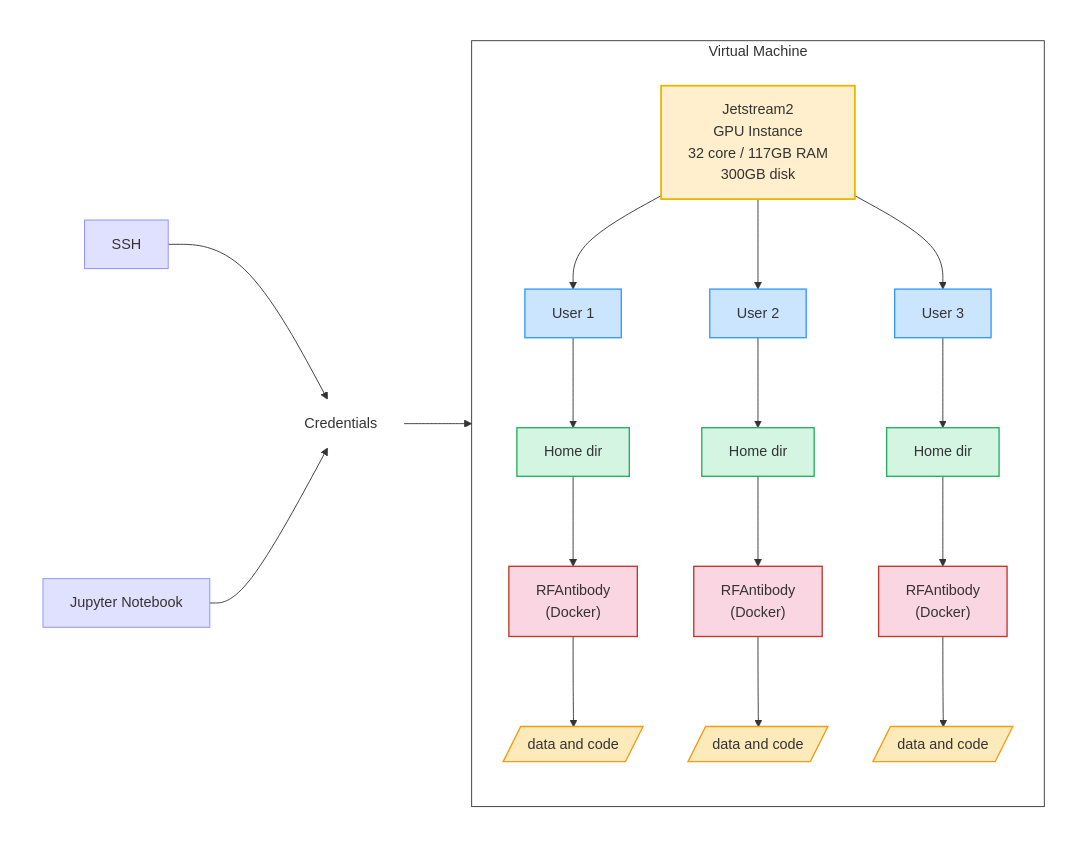
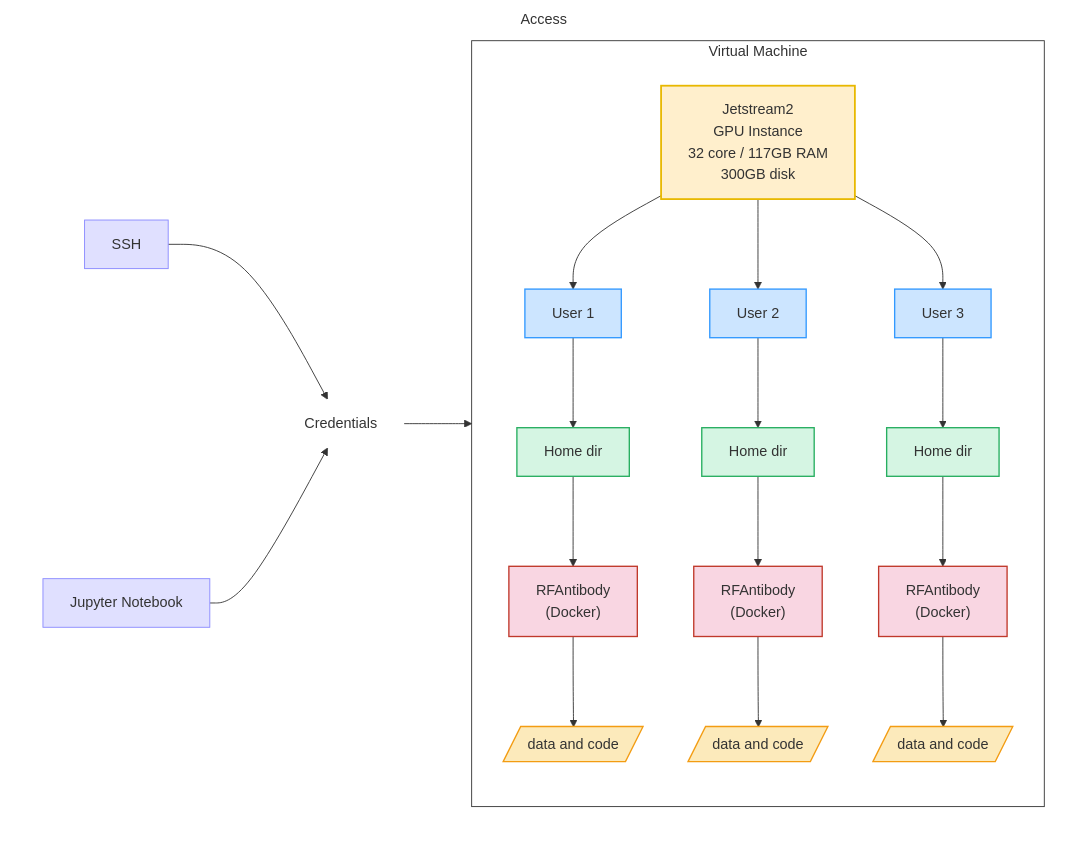
The diagram in README.md (AntibodyEngineers/2025-Antibodies-and-AI), drawn with Mermaid before and after one commit.

````diff
--- a/README.md
+++ b/README.md
@@ -9,33 +9,33 @@
 ```mermaid
 flowchart LR
 
 %% Access methods to VM
-subgraph ide0 [ ]
+subgraph ide0 [Access]
   direction LR
   SSH1[SSH]:::access --> ACC[Credentials]:::spacer
   Jupyter1[Jupyter Notebook]:::access --> ACC
   ACC --> ide1
 end
 
 %% VM and user structure
 subgraph ide1 [Virtual Machine]
   direction TB
   A["Jetstream2<br/>GPU Instance<br/>32 core / 117GB RAM<br/>300GB disk"]:::gpu
   A --> B[User 1]:::user --> C[Home dir]:::home --> D["RFAntibody<br/>(Docker)"]:::docker --> E[/data and code/]:::data
   A --> B2[User 2]:::user --> C2[Home dir]:::home --> D2["RFAntibody<br/>(Docker)"]:::docker --> E2[/data and code/]:::data
   A --> B3[User 3]:::user --> C3[Home dir]:::home --> D3["RFAntibody<br/>(Docker)"]:::docker --> E3[/data and code/]:::data
 end
 
 %% Style definitions
 classDef gpu fill:#ffefcc,stroke:#e8b800,stroke-width:2px;
 classDef user fill:#cce5ff,stroke:#3399ff,stroke-width:1.5px;
 classDef home fill:#d5f5e3,stroke:#27ae60,stroke-width:1.5px;
 classDef docker fill:#f9d6e2,stroke:#c0392b,stroke-width:1.5px;
 classDef data fill:#fceabb,stroke:#f39c12,stroke-width:1.5px;
 classDef access fill:#e0e0ff,stroke:#8888ff,stroke-width:1px;
 classDef clear fill:#FFFFFF00,stroke:#FFFFFF00;
 classDef box fill:#FFFFFF00,stroke:#333;
 classDef spacer fill:transparent,stroke:transparent;
   class ide0 clear
   class ide1 box
 ```
````
